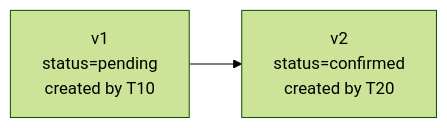
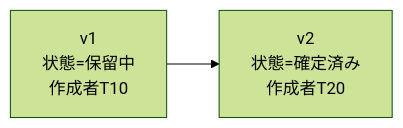
The fifth of 6 diagrams in src/content/docs/04-transactions/11-concurrency-control.md (hirunebot/database-systems-book), drawn with Mermaid (forest theme) before and after one commit. The commit also changed other lines of this file and 42 other files, not shown here.

````diff
--- a/src/content/docs/04-transactions/11-concurrency-control.md
+++ b/src/content/docs/04-transactions/11-concurrency-control.md
@@ -176,4 +176,4 @@
 ```mermaid
 flowchart LR
-    V1["v1<br/>status=pending<br/>created by T10"] --> V2["v2<br/>status=confirmed<br/>created by T20"]
+    V1["v1<br/>状態=保留中<br/>作成者T10"] --> V2["v2<br/>状態=確定済み<br/>作成者T20"]
 ```
````
